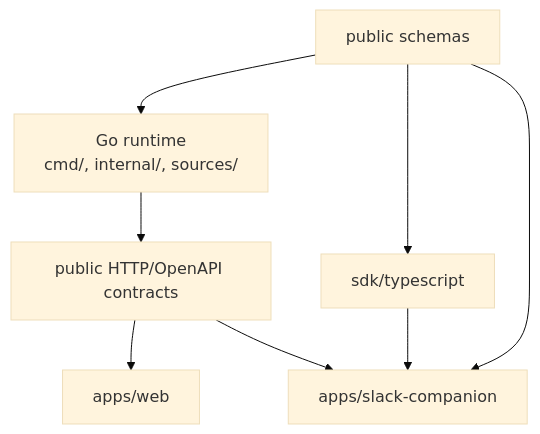
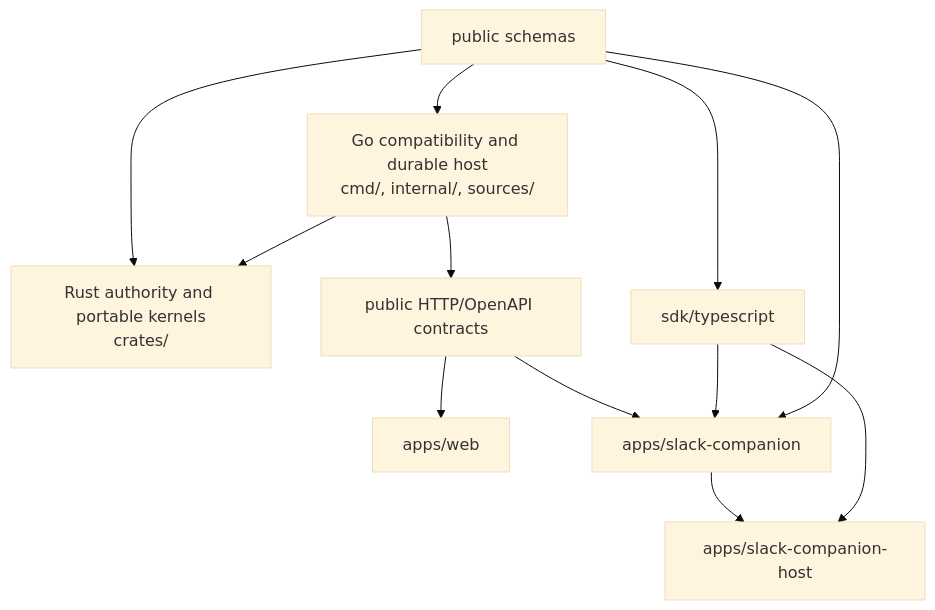
One commit to writer/cerebro changed the diagram in docs/engineering/monorepo.md. Above: the diagram before and after it, drawn with Mermaid (base theme). The commit also changed other lines of this file and 36 other files, not shown here.

````diff
--- a/docs/engineering/monorepo.md
+++ b/docs/engineering/monorepo.md
@@ -26,17 +28,23 @@
 ```mermaid
 flowchart TB
   Schemas["public schemas"]
-  Runtime["Go runtime<br/>cmd/, internal/, sources/"]
+  Runtime["Go compatibility and durable host<br/>cmd/, internal/, sources/"]
+  Rust["Rust authority and portable kernels<br/>crates/"]
   HTTP["public HTTP/OpenAPI contracts"]
   SDK["sdk/typescript"]
   Web["apps/web"]
   Slack["apps/slack-companion"]
+  SlackHost["apps/slack-companion-host"]
 
   Schemas --> Runtime
+  Schemas --> Rust
+  Runtime --> Rust
   Runtime --> HTTP
   Schemas --> SDK
   HTTP --> Web
   HTTP --> Slack
   SDK --> Slack
   Schemas --> Slack
+  Slack --> SlackHost
+  SDK --> SlackHost
 ```
````
